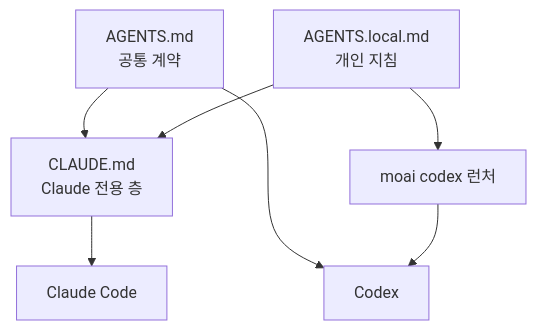
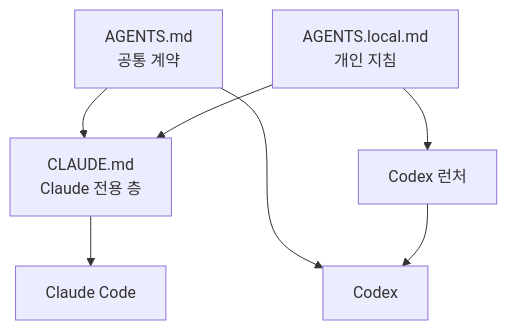
Before and after one commit to modu-ai/moai-adk: the fifth of 5 diagrams in docs-site/content/ko/advanced/claude-md-guide.md, drawn with Mermaid. The commit also changed other lines of this file and 31 other files, not shown here.

First line of the commit message:
[t2022] docs: remove Codex lane guidance and non-working moai codex commands in docs-site 4 locales and READMEs (card t2022)

````diff
--- a/docs-site/content/ko/advanced/claude-md-guide.md
+++ b/docs-site/content/ko/advanced/claude-md-guide.md
@@ -243,9 +243,9 @@
 ```mermaid
 flowchart TD
     A["AGENTS.md<br/>공통 계약"] --> C["CLAUDE.md<br/>Claude 전용 층"]
     L["AGENTS.local.md<br/>개인 지침"] --> C
     C --> CC["Claude Code"]
     A --> X["Codex"]
-    L --> R["moai codex 런처"]
+    L --> R["Codex 런처"]
     R --> X
 ```
````
